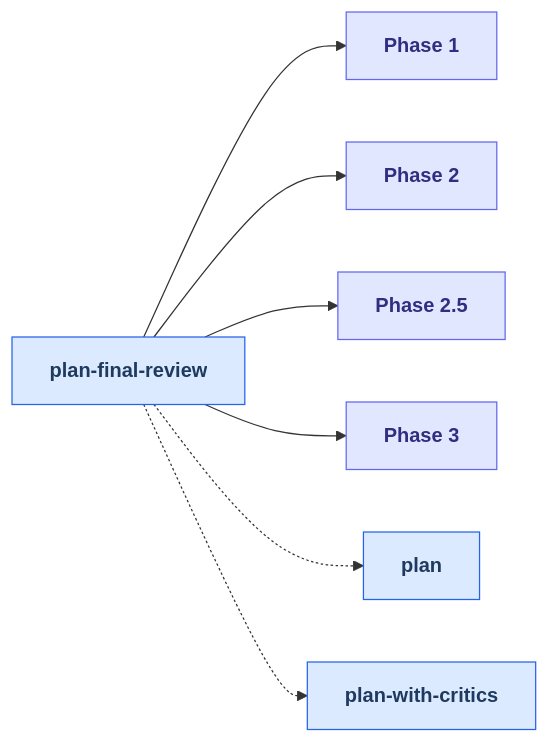
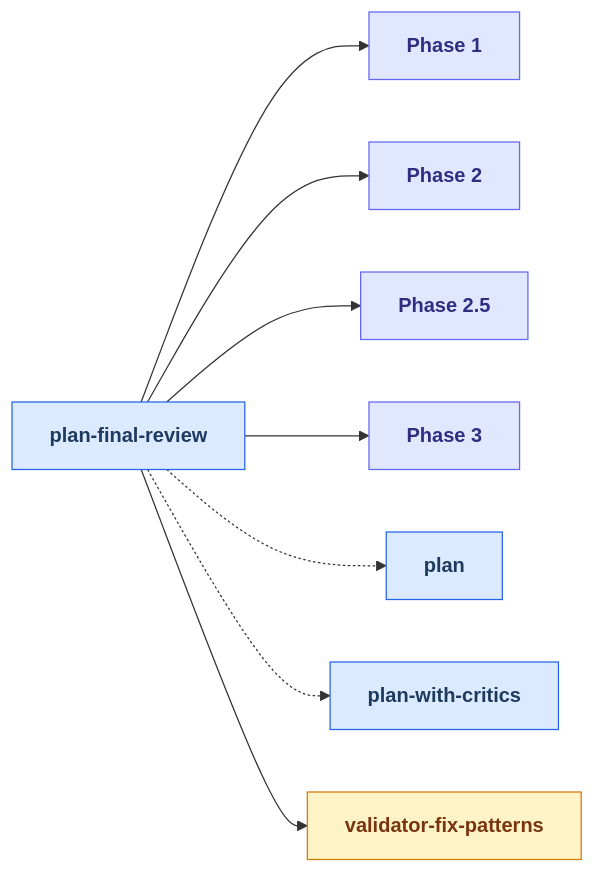
One commit to russell-laing/al-dev-shared changed the seventh of 25 diagrams in docs/skills_map.md. Above: the diagram before and after it, drawn with Mermaid. The commit also changed other lines of this file and 14 other files, not shown here.

````diff
--- a/docs/skills_map.md
+++ b/docs/skills_map.md
@@ -394,31 +386,34 @@
 ```mermaid
 flowchart LR
     classDef skillNode fill:#dbeafe,stroke:#2563eb,color:#1e3a5f,font-weight:bold
     classDef agentNode fill:#d1fae5,stroke:#059669,color:#064e3b,font-weight:bold
     classDef knowledgeNode fill:#fef3c7,stroke:#d97706,color:#78350f,font-weight:bold
     classDef artifactNode fill:#ede9fe,stroke:#7c3aed,color:#4c1d95,font-weight:bold
     classDef phaseNode fill:#e0e7ff,stroke:#6366f1,color:#312e81,font-weight:bold
 
     skill_plan_final_review[plan-final-review]
     Phase1["Phase 1"]
     Phase2["Phase 2"]
     Phase2_5["Phase 2.5"]
     Phase3["Phase 3"]
     skill_plan[plan]
     skill_plan_with_critics[plan-with-critics]
+    knowledge_validator_fix_patterns_md[validator-fix-patterns]
 
     skill_plan_final_review --> Phase1
     skill_plan_final_review --> Phase2
     skill_plan_final_review --> Phase2_5
     skill_plan_final_review --> Phase3
     skill_plan_final_review -.-> skill_plan
     skill_plan_final_review -.-> skill_plan_with_critics
+    skill_plan_final_review --> knowledge_validator_fix_patterns_md
 
     class skill_plan_final_review skillNode
     class Phase1 phaseNode
     class Phase2 phaseNode
     class Phase2_5 phaseNode
     class Phase3 phaseNode
     class skill_plan skillNode
     class skill_plan_with_critics skillNode
+    class knowledge_validator_fix_patterns_md knowledgeNode
 ```
````
